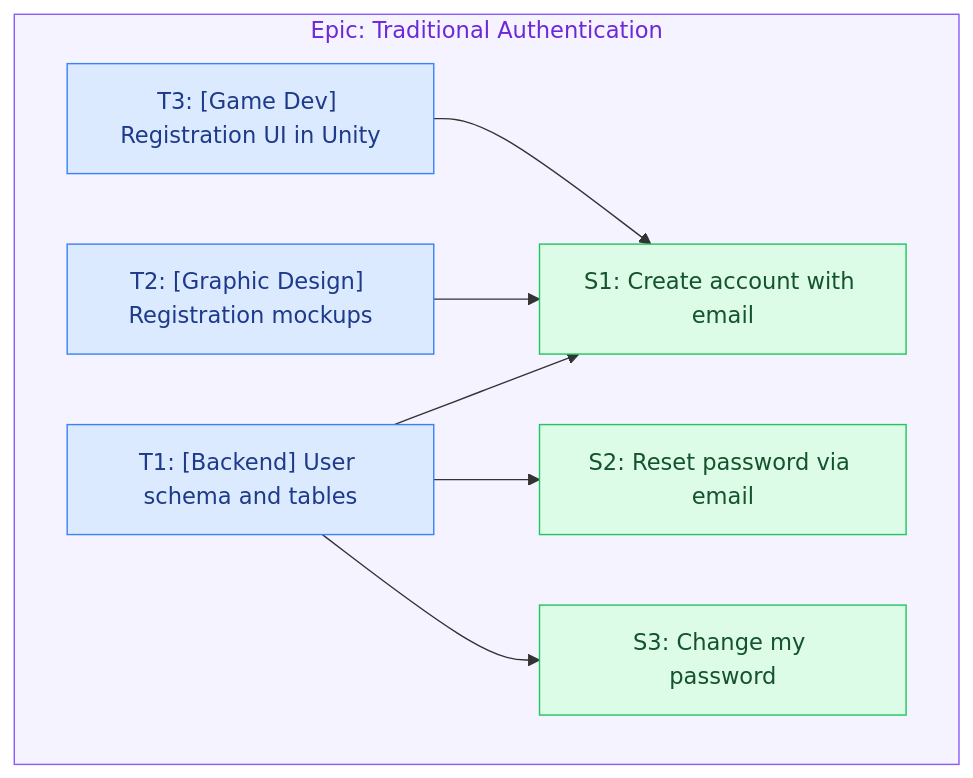
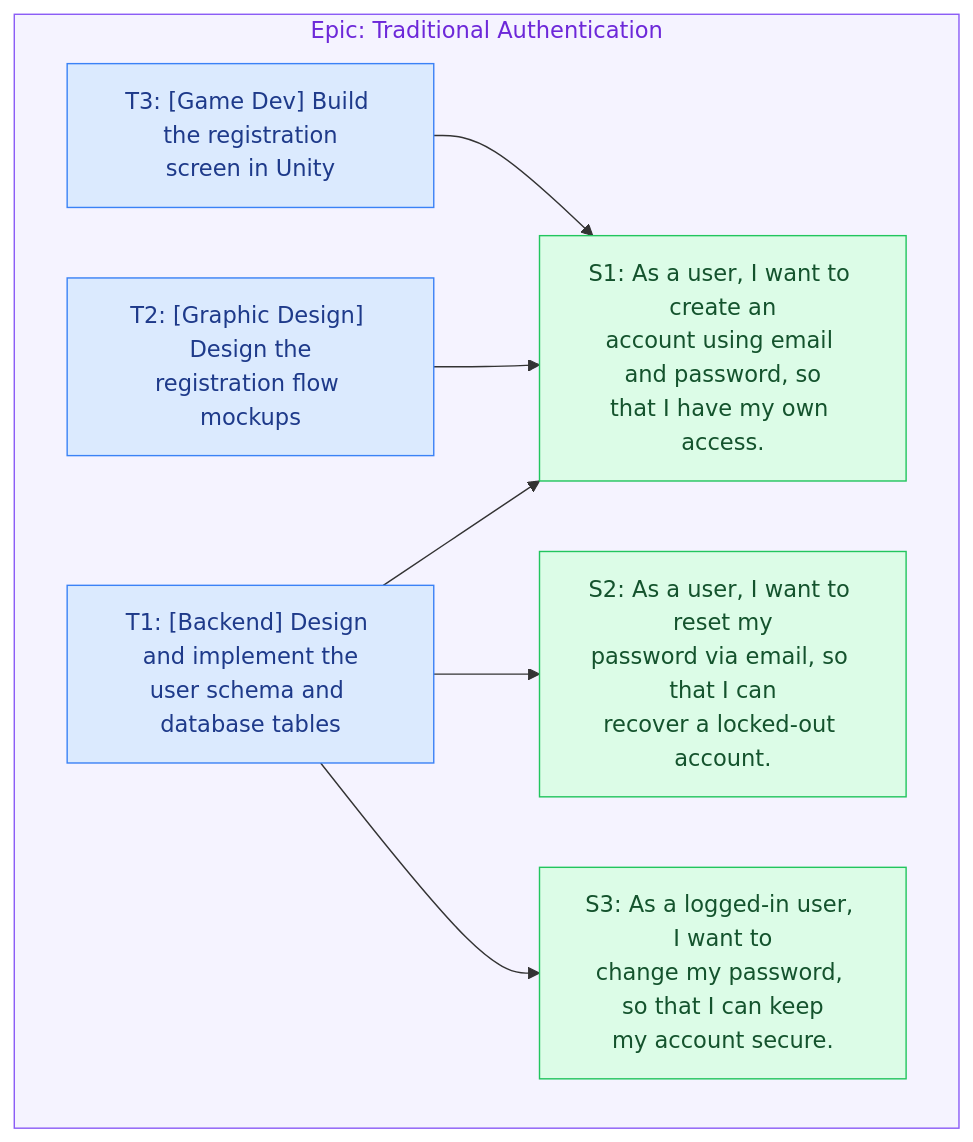
Before and after one commit to mfozmen/groomie: the diagram in skills/groomie/references/examples.md, drawn with Mermaid. The commit also changed other lines of this file and 2 other files, not shown here.

Commit message:
feat(groomie): mermaid diagram labels use full wrapped titles
The markdown ## Diagram used short 3-6 word gists while the HTML visualizer
shows the full node title wrapped at ~34 chars (wrap(title, 34)), so the two
diagrams disagreed. Align the mermaid labels with the HTML: use the node's
full title, wrapped with <br/> at ~34-char word boundaries, capped at ~4 lines
(~130 chars) with an ellipsis so boxes stay readable. Sanitize only the mermaid
breakers ("#<>| and backticks, & -> "and"); keep commas/periods/parens/slashes/
apostrophes. Updated the guide rule + both worked examples.

````diff
--- a/skills/groomie/references/examples.md
+++ b/skills/groomie/references/examples.md
@@ -211,21 +212,21 @@
 ```mermaid
 flowchart TD
   subgraph epic1["Epic: Traditional Authentication"]
-    S1["S1: Create account with email"]
-    S2["S2: Reset password via email"]
-    S3["S3: Change my password"]
-    T1["T1: [Backend] User schema and tables"]
-    T2["T2: [Graphic Design] Registration mockups"]
-    T3["T3: [Game Dev] Registration UI in Unity"]
+    S1["S1: As a user, I want to create an<br/>account using email and password, so<br/>that I have my own access."]
+    S2["S2: As a user, I want to reset my<br/>password via email, so that I can<br/>recover a locked-out account."]
+    S3["S3: As a logged-in user, I want to<br/>change my password, so that I can keep<br/>my account secure."]
+    T1["T1: [Backend] Design and implement the<br/>user schema and database tables"]
+    T2["T2: [Graphic Design] Design the<br/>registration flow mockups"]
+    T3["T3: [Game Dev] Build the registration<br/>screen in Unity"]
   end
   T1 --> S1
   T1 --> S2
   T1 --> S3
   T2 --> S1
   T3 --> S1
   classDef story fill:#dcfce7,stroke:#22c55e,color:#14532d;
   classDef task  fill:#dbeafe,stroke:#3b82f6,color:#1e3a8a;
   class S1,S2,S3 story;
   class T1,T2,T3 task;
   style epic1 fill:#f5f3ff,stroke:#8b5cf6,color:#6d28d9;
 ```
````
